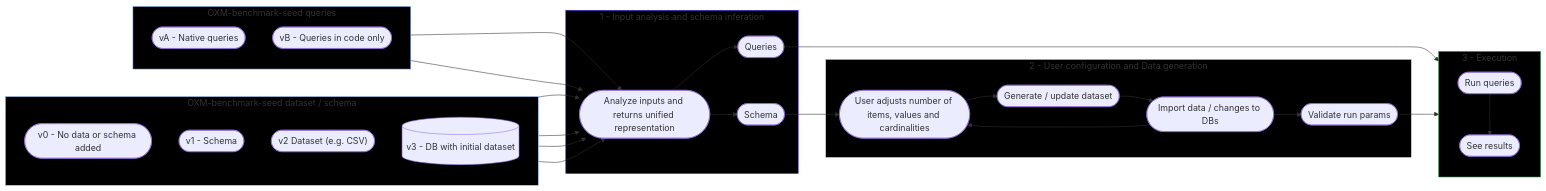
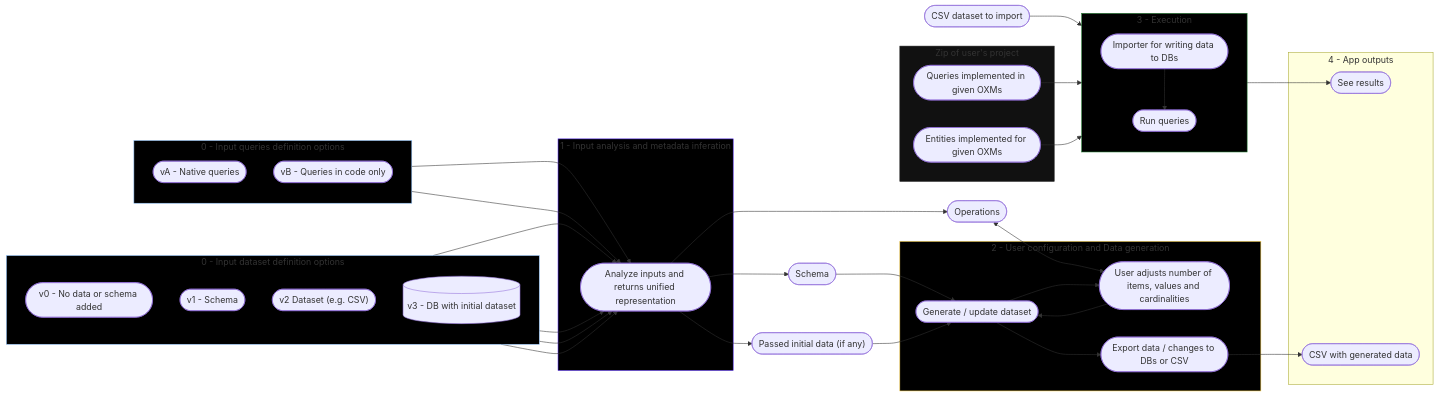
One commit to SimekJan/oxm-benchmark changed the diagram in docs/FLOW.md. Above: the diagram before and after it, drawn with Mermaid.

Commit message:
Update Flow chart to match new architecture

````diff
--- a/docs/FLOW.md
+++ b/docs/FLOW.md
@@ -1,61 +1,81 @@
 ```mermaid
 
 flowchart LR
-    subgraph INPUTS_DATASET["OXM-benchmark-seed dataset / schema"]
+    subgraph INPUTS_DATASET["0 - Input dataset definition options"]
         direction TD
         NOTHING(["v0 - No data or schema added"])
         SCHEMA(["v1 - Schema"])
         DATASET(["v2 Dataset (e.g. CSV)"])
         READONLY_DATABASE[("v3 - DB with initial dataset")]
     end
 
-    subgraph INPUTS_QUERIES["OXM-benchmark-seed queries"]
+    subgraph INPUTS_QUERIES["0 - Input queries definition options"]
         direction TD
         QUERIES(["vA - Native queries"])
         CODE_QUERIES(["vB - Queries in code only"])
     end
 
-    subgraph SCHEMA_INFER["1 - Input analysis and schema inferation"]
+    INFERRED_SCHEMA(["Schema"])
+    INFERRED_OPERATIONS(["Operations"])
+    INITIAL_DATA(["Passed initial data (if any)"])
+    SCHEMA_ANALYSER --> INFERRED_SCHEMA
+    SCHEMA_ANALYSER --> INFERRED_OPERATIONS
+    SCHEMA_ANALYSER --> INITIAL_DATA
+
+    subgraph SCHEMA_INFER["1 - Input analysis and metadata inferation"]
         SCHEMA_ANALYSER(["Analyze inputs and returns unified representation"])
-        INFERRED_SCHEMA(["Schema"])
-        INFERRED_QUERIES(["Queries"])
-        SCHEMA_ANALYSER --> INFERRED_SCHEMA
-        SCHEMA_ANALYSER --> INFERRED_QUERIES
     end
 
     NOTHING --> SCHEMA_ANALYSER
     SCHEMA --> SCHEMA_ANALYSER
     DATASET --> SCHEMA_ANALYSER
     READONLY_DATABASE --> SCHEMA_ANALYSER
     QUERIES --> SCHEMA_ANALYSER
     CODE_QUERIES --> SCHEMA_ANALYSER
 
-    INFERRED_SCHEMA --> ADJUST
-    INFERRED_QUERIES --> RUN
+    INFERRED_SCHEMA --> GENERATE
+    INITIAL_DATA --> GENERATE
+    INFERRED_OPERATIONS <--> ADJUST
+
+    subgraph ZIP_PROJECT["Zip of user's project"]
+        QUERIES_IN_CODE([Queries implemented in given OXMs])
+        ENTITIES_IN_CODE([Entities implemented for given OXMs])
+    end
 
     subgraph CONFIG["2 - User configuration and Data generation"]
         ADJUST(["User adjusts number of items, values and cardinalities"])
         GENERATE(["Generate / update dataset"])
-        IMPORT(["Import data / changes to DBs"])
+        EXPORT(["Export data / changes to DBs or CSV"])
         ADJUST --> GENERATE
-        GENERATE --> IMPORT
-        IMPORT --> ADJUST
-        VALIDATE(["Validate run params"])
+        GENERATE --> ADJUST 
+        GENERATE --> EXPORT
     end
 
     subgraph EXECUTION["3 - Execution"]
         direction TD
         RUN(["Run queries"])
+        IMPORTER(["Importer for writing data to DBs"])
+    end
+
+    subgraph OUTPUTS["4 - App outputs"]
         RESULTS(["See results"])
-        IMPORT --> VALIDATE --> RUN --> RESULTS
+        RESULT_DATASET(["CSV with generated data"])
     end
+
+    EXPORT --> RESULT_DATASET
+    GENERATED_DATASET(["CSV dataset to import"]) --> IMPORTER
+    IMPORTER --> RUN
+    RUN --> RESULTS
+    QUERIES_IN_CODE --> RUN
+    ENTITIES_IN_CODE --> IMPORTER
 
     classDef input fill: #DBEAFE, stroke: #2563EB, color: #1E3A8A
     classDef init fill: #EDE9FE, stroke: #7C3AED, color: #4C1D95
     classDef config fill: #222222, stroke: #D97706, color: #78350F
     style INPUTS_DATASET fill: #000000, stroke: #93C5FD
     style INPUTS_QUERIES fill: #000000, stroke: #93C5FD
     style SCHEMA_INFER fill: #000000, stroke: #5027f1
     style CONFIG fill: #000000, stroke: #FCD34D
     style EXECUTION fill: #000000, stroke: #197629
+    style ZIP_PROJECT fill: #111111, stroke: #222222
 ```
````
